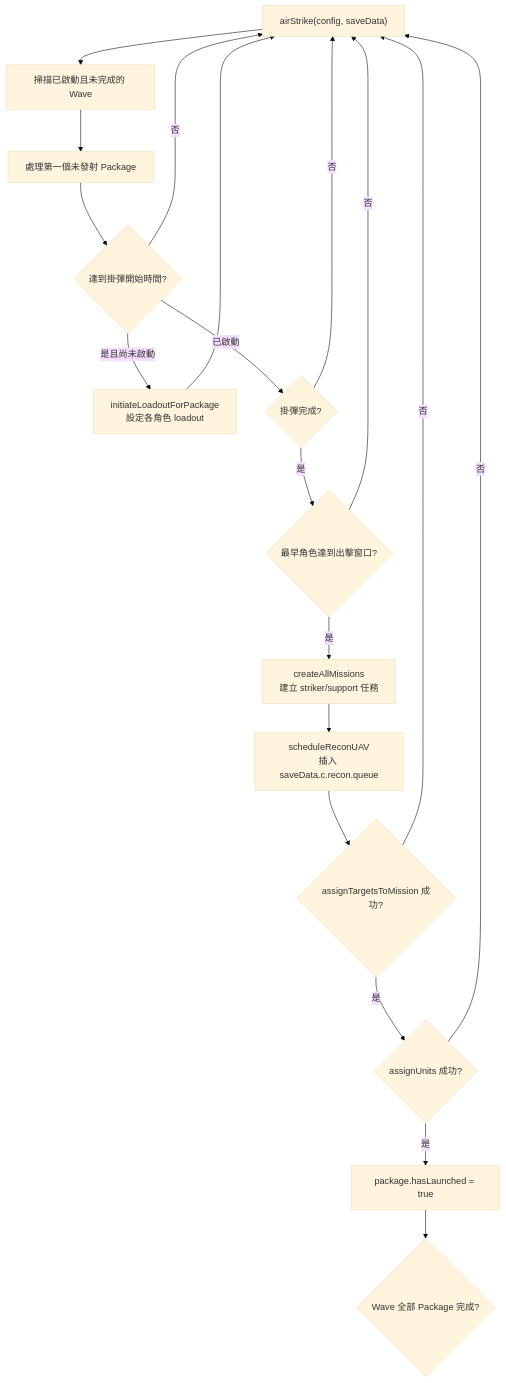
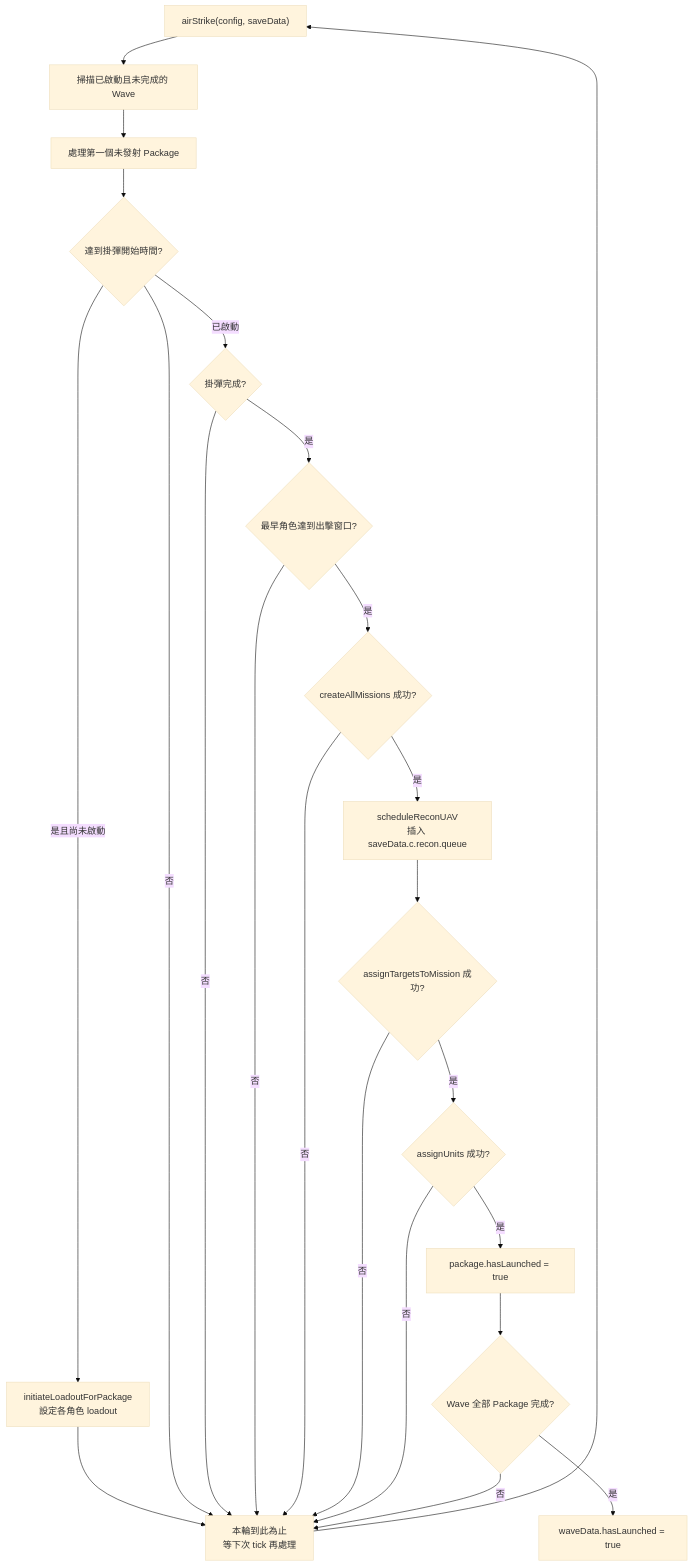
Before and after one commit to pullupjumper/formosa-in-flames: the diagram in docs/strikePlanner/airTaskingOrder.md, drawn with Mermaid (base theme). The commit also changed 3 other files, not shown here.

````diff
--- a/docs/strikePlanner/airTaskingOrder.md
+++ b/docs/strikePlanner/airTaskingOrder.md
@@ -23,29 +23,36 @@
 ```mermaid
 flowchart TD
     START["airStrike(config, saveData)"]
     WAVE["掃描已啟動且未完成的 Wave"]
     PKG["處理第一個未發射 Package"]
     LOADOUT_TIME{"達到掛彈開始時間?"}
     INIT_LOADOUT["initiateLoadoutForPackage<br>設定各角色 loadout"]
     LOADOUT_READY{"掛彈完成?"}
     TAKEOFF_TIME{"最早角色達到出擊窗口?"}
-    MISSIONS["createAllMissions<br>建立 striker/support 任務"]
+    MISSIONS{"createAllMissions 成功?"}
     RECON["scheduleReconUAV<br>插入 saveData.c.recon.queue"]
     TARGETS{"assignTargetsToMission 成功?"}
     UNITS{"assignUnits 成功?"}
     LAUNCHED["package.hasLaunched = true"]
     DONE{"Wave 全部 Package 完成?"}
+    WAVE_DONE["waveData.hasLaunched = true"]
+    WAIT["本輪到此為止<br>等下次 tick 再處理"]
 
     START --> WAVE --> PKG --> LOADOUT_TIME
-    LOADOUT_TIME -->|否| START
-    LOADOUT_TIME -->|是且尚未啟動| INIT_LOADOUT --> START
+    LOADOUT_TIME -->|是且尚未啟動| INIT_LOADOUT --> WAIT
     LOADOUT_TIME -->|已啟動| LOADOUT_READY
-    LOADOUT_READY -->|否| START
     LOADOUT_READY -->|是| TAKEOFF_TIME
-    TAKEOFF_TIME -->|否| START
-    TAKEOFF_TIME -->|是| MISSIONS --> RECON --> TARGETS
-    TARGETS -->|否| START
+    TAKEOFF_TIME -->|是| MISSIONS
+    MISSIONS -->|是| RECON --> TARGETS
     TARGETS -->|是| UNITS
-    UNITS -->|否| START
     UNITS -->|是| LAUNCHED --> DONE
+    DONE -->|是| WAVE_DONE
+    LOADOUT_TIME -->|否| WAIT
+    LOADOUT_READY -->|否| WAIT
+    TAKEOFF_TIME -->|否| WAIT
+    MISSIONS -->|否| WAIT
+    TARGETS -->|否| WAIT
+    UNITS -->|否| WAIT
+    DONE -->|否| WAIT
+    WAIT --> START
 ```
````
